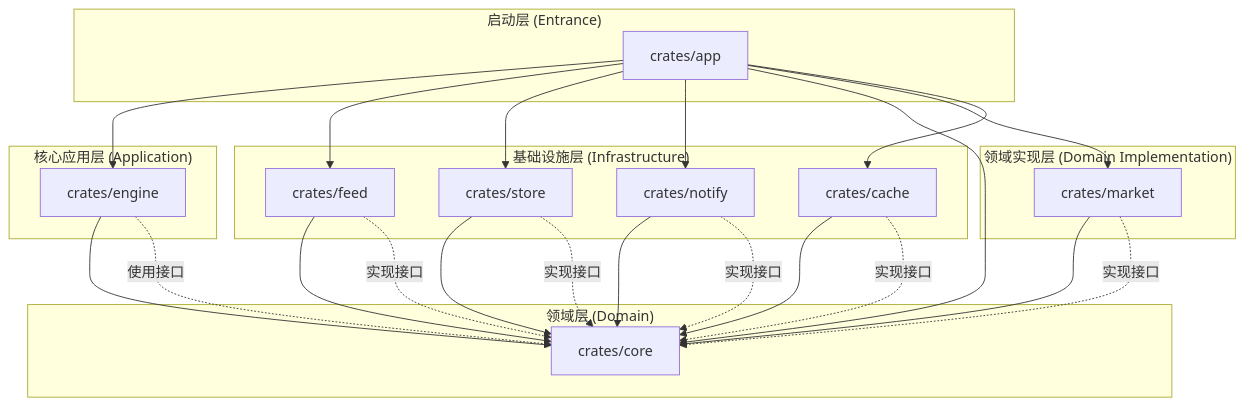
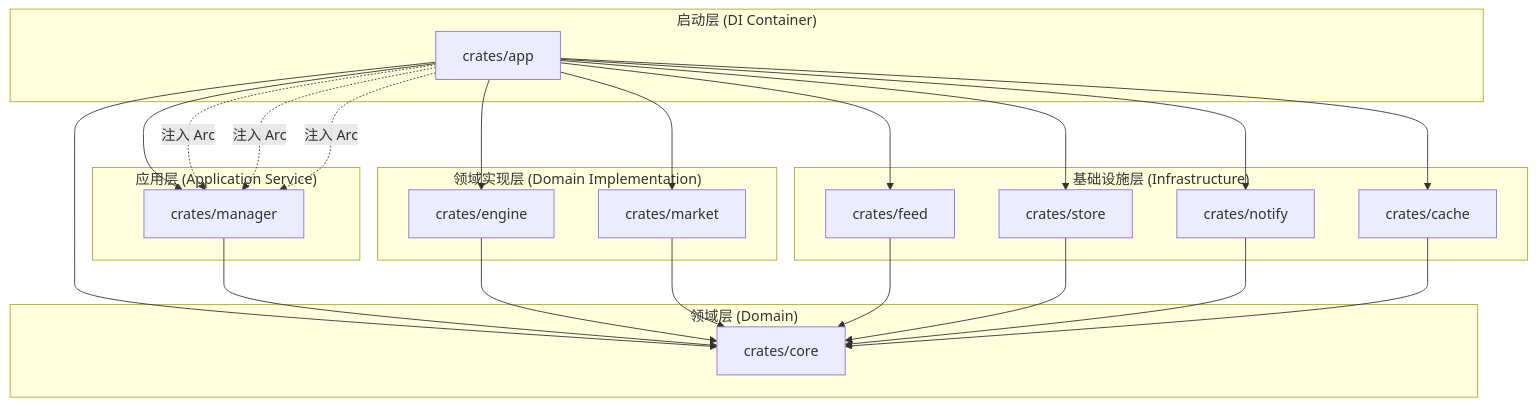
Before and after one commit to moexco/okane: the diagram in docs/architecture.md, drawn with Mermaid. The commit also changed other lines of this file and 18 other files, not shown here.

First line of the commit message:
特性(manager): 恢复 StrategyManager 调度层及相关依赖

````diff
--- a/docs/architecture.md
+++ b/docs/architecture.md
@@ -5,49 +5,53 @@
 ```mermaid
 graph TB
-    subgraph "启动层 (Entrance)"
+    subgraph "启动层 (DI Container)"
         App[crates/app]
     end
 
-    subgraph "核心应用层 (Application)"
-        Engine[crates/engine]
+    subgraph "应用层 (Application Service)"
+        Manager[crates/manager]
     end
 
     subgraph "领域实现层 (Domain Implementation)"
         MarketImpl[crates/market]
+        Engine[crates/engine]
     end
 
     subgraph "领域层 (Domain)"
         Core[crates/core]
     end
 
     subgraph "基础设施层 (Infrastructure)"
         Feed[crates/feed]
         Store[crates/store]
         Notify[crates/notify]
         Cache[crates/cache]
     end
 
-    %% 依赖关系
+    %% 编译期依赖关系
+    %% App 是唯一知道所有具体实现的组装点
+    App --> Manager
     App --> Engine
     App --> Feed
     App --> Store
     App --> Notify
-    App --> Core
     App --> MarketImpl
     App --> Cache
+    App --> Core
 
+    %% Manager 编译期仅依赖 Core
+    Manager --> Core
+
+    %% 所有实现层编译期仅依赖 Core
     Engine --> Core
+    MarketImpl --> Core
     Feed --> Core
     Store --> Core
     Notify --> Core
     Cache --> Core
-    MarketImpl --> Core
 
-    %% 运行时逻辑流向 (通过 Trait)
-    Engine -. 使用接口 .-> Core
-    MarketImpl -. 实现接口 .-> Core
-    Feed -. 实现接口 .-> Core
-    Store -. 实现接口 .-> Core
-    Notify -. 实现接口 .-> Core
-    Cache -. 实现接口 .-> Core
+    %% 运行时注入关系 (App 在 main 中通过 Arc<dyn Trait> 注入)
+    App -. "注入 Arc<dyn Market>" .-> Manager
+    App -. "注入 Arc<dyn StrategyStore>" .-> Manager
+    App -. "注入 Arc<dyn EngineBuilder>" .-> Manager
 ```
````
